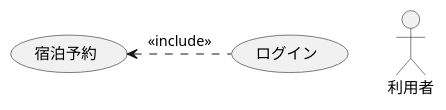
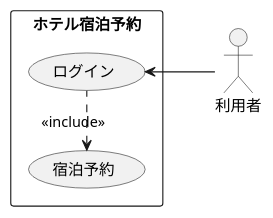
The diagram in 演習2-3_ホテル宿泊予約.pu (Kuya0307/unl-introduction), drawn with PlantUML before and after one commit.

Commit message:
演習2-2,3,4,を提出

```diff
--- a/演習2-3_ホテル宿泊予約.pu
+++ b/演習2-3_ホテル宿泊予約.pu
@@ -1,7 +1,10 @@
 @startuml ユースケース図
-    ' left to right direction
+    left to right direction
     actor 利用者
+    rectangle ホテル宿泊予約{
     usecase 宿泊予約
     usecase ログイン
+    }
+    ログイン <-- 利用者
     宿泊予約 <. ログイン : << include >>
 @enduml
```
